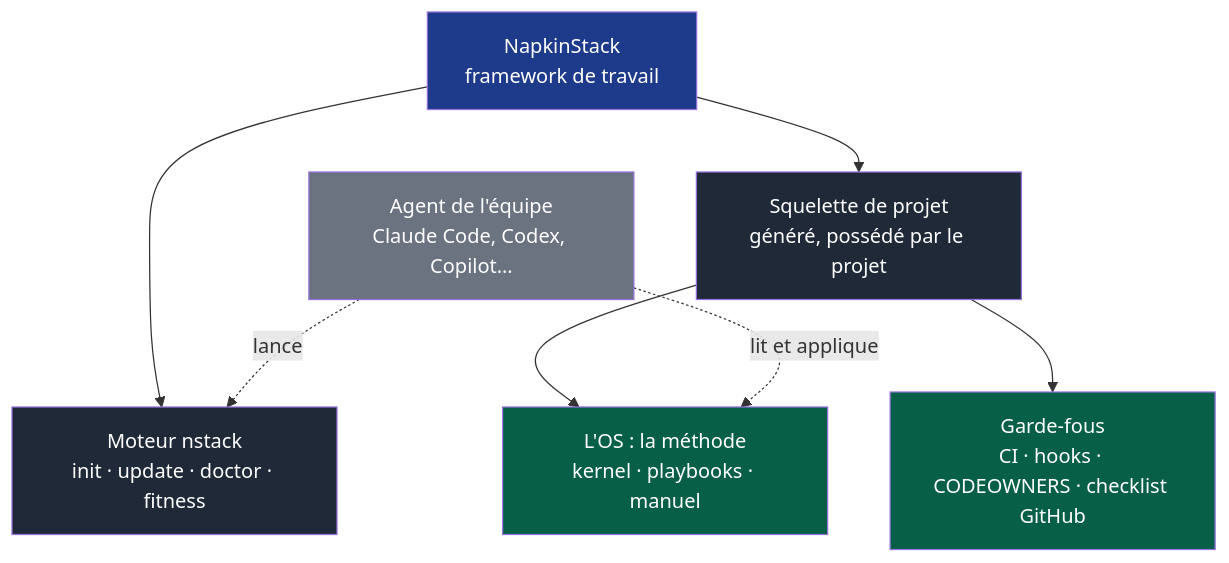
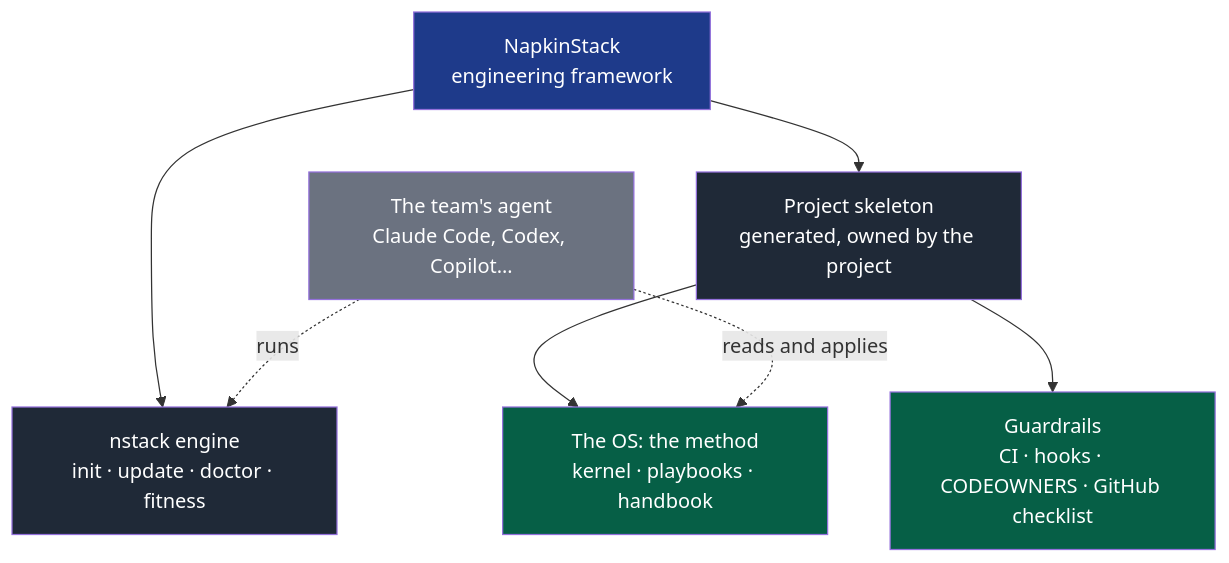
Before and after one commit to NapkinStack/engineering-os: the diagram in PRODUCT.md, drawn with Mermaid. The commit also changed other lines of this file and 34 other files, not shown here.

````diff
--- a/PRODUCT.md
+++ b/PRODUCT.md
@@ -19,15 +18,15 @@
 ```mermaid
 flowchart TB
-    NS["NapkinStack<br/>framework de travail"]:::produit
-    NS --> E["Moteur nstack<br/>init · update · doctor · fitness"]:::livre
-    NS --> S["Squelette de projet<br/>généré, possédé par le projet"]:::livre
-    S --> OS["L'OS : la méthode<br/>kernel · playbooks · manuel"]:::contenu
-    S --> G["Garde-fous<br/>CI · hooks · CODEOWNERS · checklist GitHub"]:::contenu
-    A["Agent de l'équipe<br/>Claude Code, Codex, Copilot…"]:::externe -.->|"lit et applique"| OS
-    A -.->|"lance"| E
+    NS["NapkinStack<br/>engineering framework"]:::product
+    NS --> E["nstack engine<br/>init · update · doctor · fitness"]:::shipped
+    NS --> S["Project skeleton<br/>generated, owned by the project"]:::shipped
+    S --> OS["The OS: the method<br/>kernel · playbooks · handbook"]:::content
+    S --> G["Guardrails<br/>CI · hooks · CODEOWNERS · GitHub checklist"]:::content
+    A["The team's agent<br/>Claude Code, Codex, Copilot…"]:::external -.->|"reads and applies"| OS
+    A -.->|"runs"| E
 
-    classDef produit fill:#1e3a8a,color:#fff
-    classDef livre fill:#1f2937,color:#fff
-    classDef contenu fill:#065f46,color:#fff
-    classDef externe fill:#6b7280,color:#fff
+    classDef product fill:#1e3a8a,color:#fff
+    classDef shipped fill:#1f2937,color:#fff
+    classDef content fill:#065f46,color:#fff
+    classDef external fill:#6b7280,color:#fff
 ```
````
